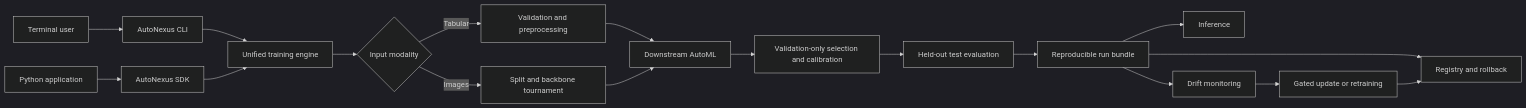
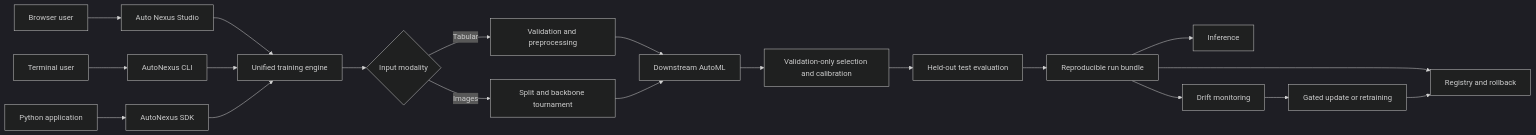
The first of 3 diagrams in README.md (dineshmc1/AutoNexus), drawn with Mermaid (dark theme) before and after one commit. The commit also changed other lines of this file and 80 other files, not shown here.

Commit message:
refactor: replace legacy AutoML pipeline components with new modular autonexus framework architecture

````diff
--- a/README.md
+++ b/README.md
@@ -124,23 +127,25 @@
 ```mermaid
 flowchart LR
+    Browser[Browser user] --> Studio[Auto Nexus Studio]
     User[Terminal user] --> CLI[AutoNexus CLI]
     App[Python application] --> SDK[AutoNexus SDK]
+    Studio --> Engine[Unified training engine]
     CLI --> Engine[Unified training engine]
     SDK --> Engine
 
     Engine --> Input{Input modality}
     Input -->|Tabular| Tabular[Validation and preprocessing]
     Input -->|Images| Vision[Split and backbone tournament]
     Tabular --> Search[Downstream AutoML]
     Vision --> Search
 
     Search --> Gate[Validation-only selection and calibration]
     Gate --> Test[Held-out test evaluation]
     Test --> Bundle[Reproducible run bundle]
 
     Bundle --> Predict[Inference]
     Bundle --> Monitor[Drift monitoring]
     Bundle --> Registry[Registry and rollback]
     Monitor --> Update[Gated update or retraining]
     Update --> Registry
 ```
````
